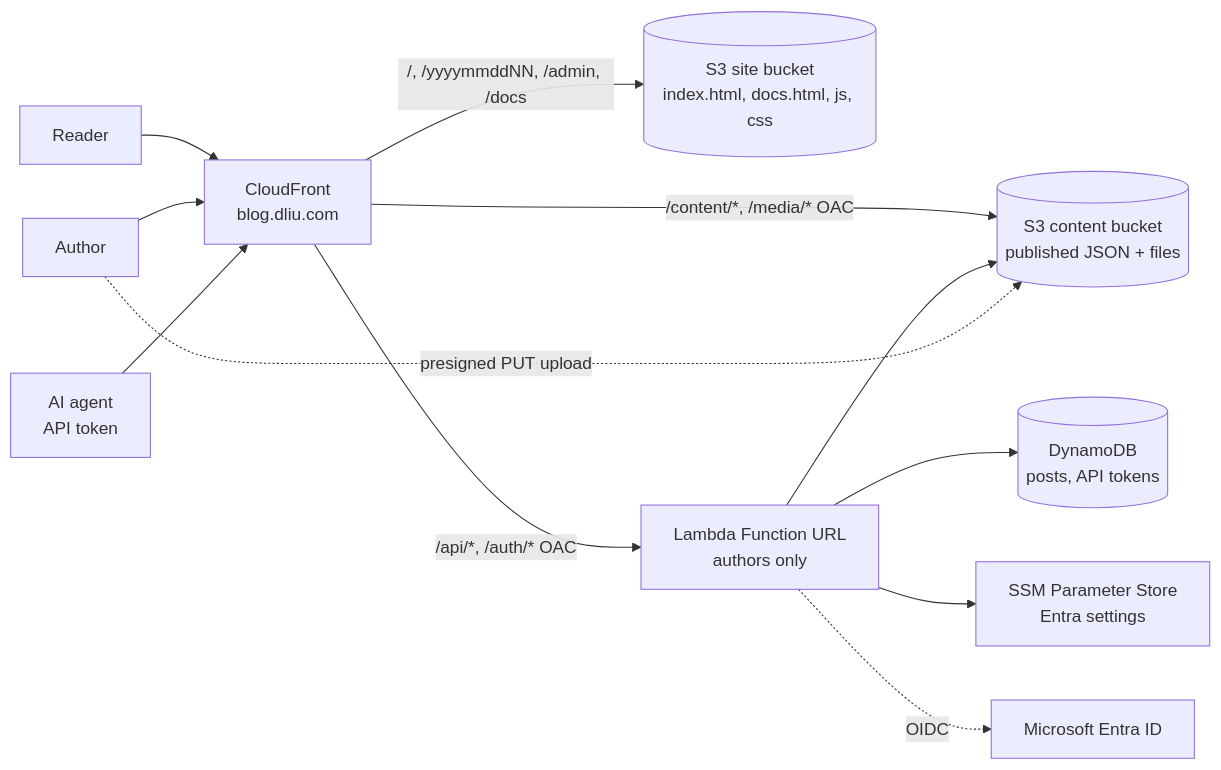
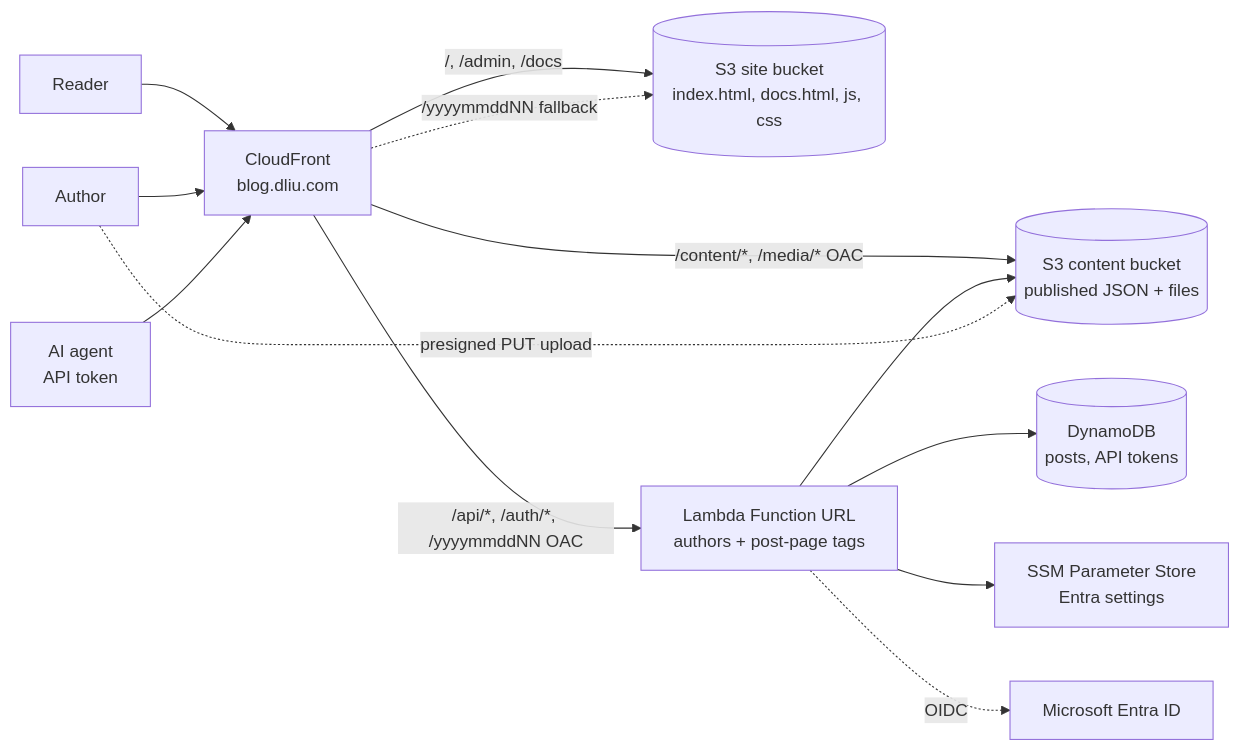
The diagram in README.md (dliu-com/blog), drawn with Mermaid before and after one commit. The commit also changed other lines of this file and 10 other files, not shown here.

````diff
--- a/README.md
+++ b/README.md
@@ -14,14 +14,15 @@
 ```mermaid
 flowchart LR
   R[Reader] --> CF[CloudFront<br/>blog.dliu.com]
   A[Author] --> CF
   G[AI agent<br/>API token] --> CF
-  CF -->|"/, /yyyymmddNN, /admin, /docs"| Site[(S3 site bucket<br/>index.html, docs.html, js, css)]
+  CF -->|"/, /admin, /docs"| Site[(S3 site bucket<br/>index.html, docs.html, js, css)]
   CF -->|"/content/*, /media/*" OAC| Content[(S3 content bucket<br/>published JSON + files)]
-  CF -->|"/api/*, /auth/*" OAC| L[Lambda Function URL<br/>authors only]
+  CF -->|"/api/*, /auth/*, /yyyymmddNN" OAC| L[Lambda Function URL<br/>authors + post-page tags]
+  CF -.->|"/yyyymmddNN fallback"| Site
   L --> DDB[(DynamoDB<br/>posts, API tokens)]
   L --> Content
   L --> SSM[SSM Parameter Store<br/>Entra settings]
   A -. "presigned PUT upload" .-> Content
   L -. OIDC .-> Entra[Microsoft Entra ID]
 ```
````
